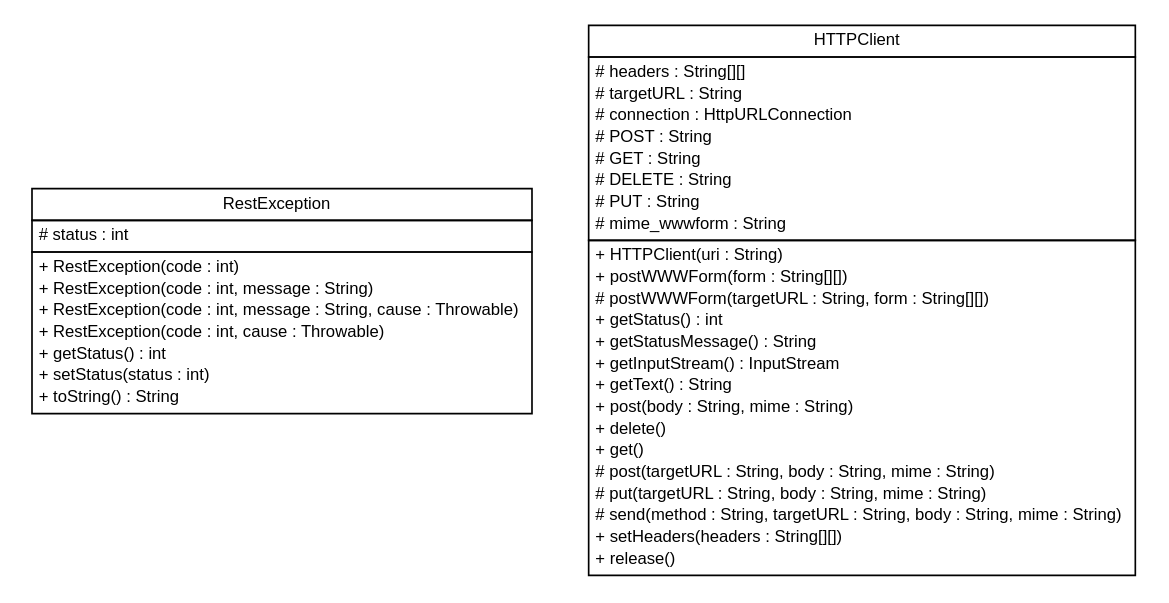
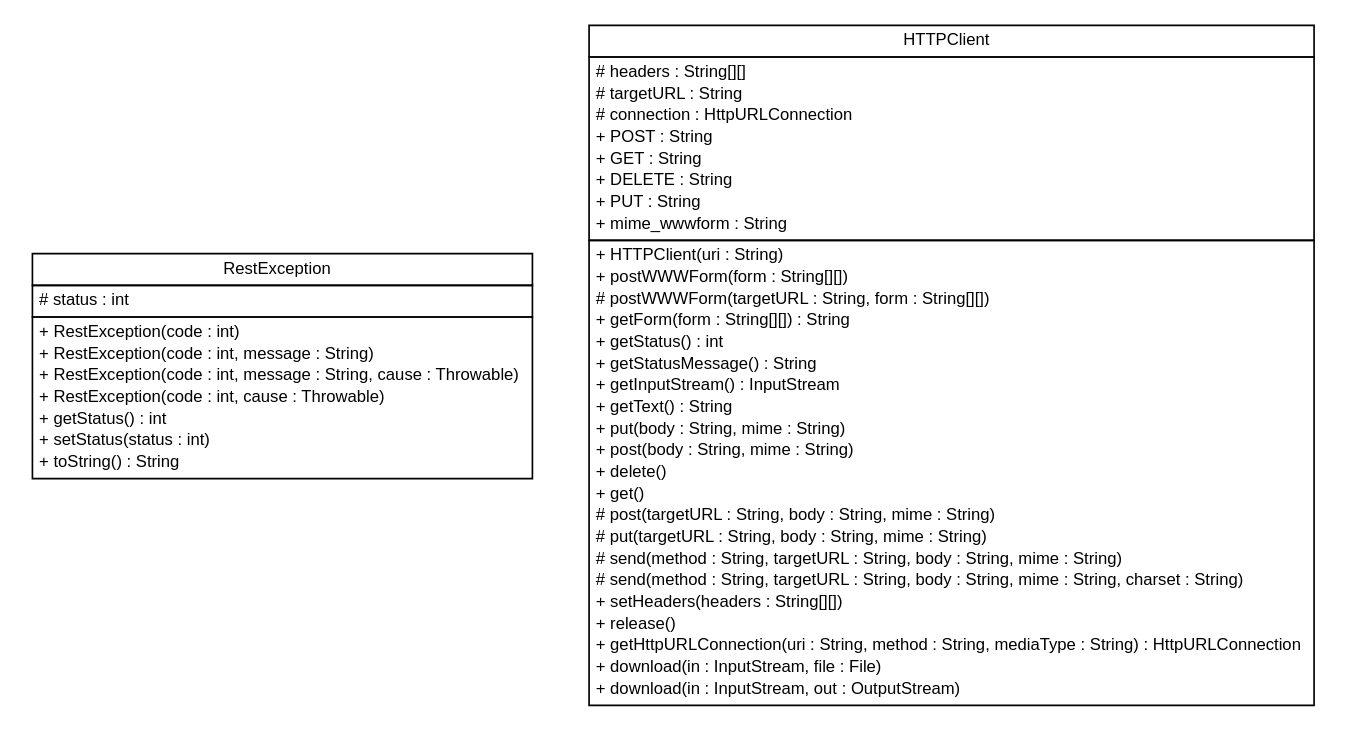
Before and after one commit to vedina/opentox-aa-cli: the diagram in apidocs/org/opentox/rest/org.opentox.rest.dot, drawn with Graphviz. The commit also changed 190 other files, not shown here.

```diff
--- a/apidocs/org/opentox/rest/org.opentox.rest.dot
+++ b/apidocs/org/opentox/rest/org.opentox.rest.dot
@@ -1,61 +1,67 @@
 #!/usr/local/bin/dot
 #
 # Class diagram 
 # Generated by UmlGraph version 4.6 (http://www.spinellis.gr/sw/umlgraph)
 #
 
 digraph G {
 	edge [fontname="arial",fontsize=10,labelfontname="arial",labelfontsize=10];
 	node [fontname="arial",fontsize=10,shape=plaintext];
 	// org.opentox.rest.RestException
-	c154 [label=<<table border="0" cellborder="1" cellspacing="0" cellpadding="2" port="p" href="./RestException.html">
+	c178 [label=<<table border="0" cellborder="1" cellspacing="0" cellpadding="2" port="p" href="./RestException.html">
 		<tr><td><table border="0" cellspacing="0" cellpadding="1">
 			<tr><td> RestException </td></tr>
 		</table></td></tr>
 		<tr><td><table border="0" cellspacing="0" cellpadding="1">
 			<tr><td align="left"> # status : int </td></tr>
 		</table></td></tr>
 		<tr><td><table border="0" cellspacing="0" cellpadding="1">
 			<tr><td align="left"> + RestException(code : int) </td></tr>
 			<tr><td align="left"> + RestException(code : int, message : String) </td></tr>
 			<tr><td align="left"> + RestException(code : int, message : String, cause : Throwable) </td></tr>
 			<tr><td align="left"> + RestException(code : int, cause : Throwable) </td></tr>
 			<tr><td align="left"> + getStatus() : int </td></tr>
 			<tr><td align="left"> + setStatus(status : int) </td></tr>
 			<tr><td align="left"> + toString() : String </td></tr>
 		</table></td></tr>
 		</table>>, fontname="arial", fontcolor="black", fontsize=10.0];
 	// org.opentox.rest.HTTPClient
-	c155 [label=<<table border="0" cellborder="1" cellspacing="0" cellpadding="2" port="p" href="./HTTPClient.html">
+	c179 [label=<<table border="0" cellborder="1" cellspacing="0" cellpadding="2" port="p" href="./HTTPClient.html">
 		<tr><td><table border="0" cellspacing="0" cellpadding="1">
 			<tr><td> HTTPClient </td></tr>
 		</table></td></tr>
 		<tr><td><table border="0" cellspacing="0" cellpadding="1">
 			<tr><td align="left"> # headers : String[][] </td></tr>
 			<tr><td align="left"> # targetURL : String </td></tr>
 			<tr><td align="left"> # connection : HttpURLConnection </td></tr>
-			<tr><td align="left"> # POST : String </td></tr>
-			<tr><td align="left"> # GET : String </td></tr>
-			<tr><td align="left"> # DELETE : String </td></tr>
-			<tr><td align="left"> # PUT : String </td></tr>
-			<tr><td align="left"> # mime_wwwform : String </td></tr>
+			<tr><td align="left"> + POST : String </td></tr>
+			<tr><td align="left"> + GET : String </td></tr>
+			<tr><td align="left"> + DELETE : String </td></tr>
+			<tr><td align="left"> + PUT : String </td></tr>
+			<tr><td align="left"> + mime_wwwform : String </td></tr>
 		</table></td></tr>
 		<tr><td><table border="0" cellspacing="0" cellpadding="1">
 			<tr><td align="left"> + HTTPClient(uri : String) </td></tr>
 			<tr><td align="left"> + postWWWForm(form : String[][]) </td></tr>
 			<tr><td align="left"> # postWWWForm(targetURL : String, form : String[][]) </td></tr>
+			<tr><td align="left"> + getForm(form : String[][]) : String </td></tr>
 			<tr><td align="left"> + getStatus() : int </td></tr>
 			<tr><td align="left"> + getStatusMessage() : String </td></tr>
 			<tr><td align="left"> + getInputStream() : InputStream </td></tr>
 			<tr><td align="left"> + getText() : String </td></tr>
+			<tr><td align="left"> + put(body : String, mime : String) </td></tr>
 			<tr><td align="left"> + post(body : String, mime : String) </td></tr>
 			<tr><td align="left"> + delete() </td></tr>
 			<tr><td align="left"> + get() </td></tr>
 			<tr><td align="left"> # post(targetURL : String, body : String, mime : String) </td></tr>
 			<tr><td align="left"> # put(targetURL : String, body : String, mime : String) </td></tr>
 			<tr><td align="left"> # send(method : String, targetURL : String, body : String, mime : String) </td></tr>
+			<tr><td align="left"> # send(method : String, targetURL : String, body : String, mime : String, charset : String) </td></tr>
 			<tr><td align="left"> + setHeaders(headers : String[][]) </td></tr>
 			<tr><td align="left"> + release() </td></tr>
+			<tr><td align="left"> + getHttpURLConnection(uri : String, method : String, mediaType : String) : HttpURLConnection </td></tr>
+			<tr><td align="left"> + download(in : InputStream, file : File) </td></tr>
+			<tr><td align="left"> + download(in : InputStream, out : OutputStream) </td></tr>
 		</table></td></tr>
 		</table>>, fontname="arial", fontcolor="black", fontsize=10.0];
 }
```
